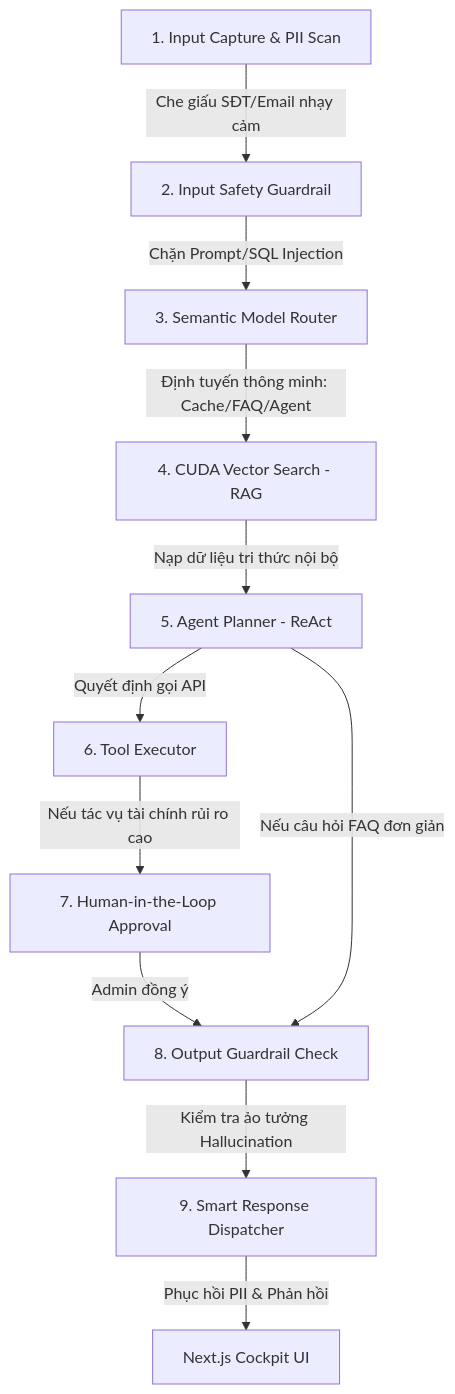
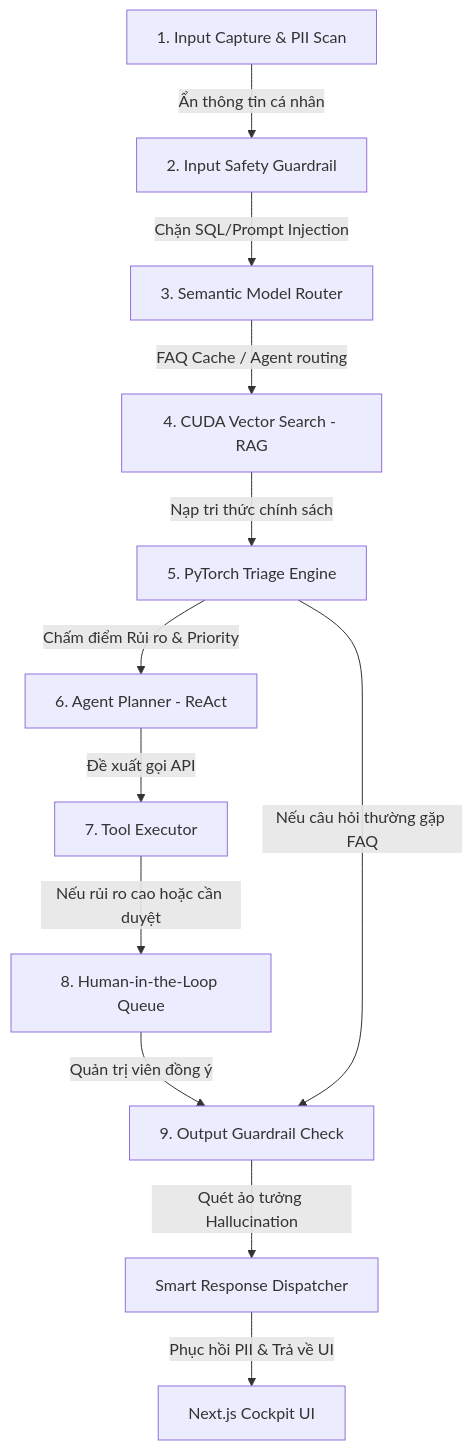
Before and after one commit to KhaiHASO/vietnam-ai-challenge-2026: the diagram in README.md, drawn with Mermaid. The commit also changed other lines of this file and 47 other files, not shown here.

Commit message:
Revamp project: support dynamic multi-domain switching, PyTorch multi-task engine integration, dynamic RAG & DB seeding, dynamic HITL, and revamped frontend cockpit UI

````diff
--- a/README.md
+++ b/README.md
@@ -21,13 +17,14 @@
 ```mermaid
 graph TD
-    A[1. Input Capture & PII Scan] -->|Che giấu SĐT/Email nhạy cảm| B[2. Input Safety Guardrail]
-    B -->|Chặn Prompt/SQL Injection| C[3. Semantic Model Router]
-    C -->|Định tuyến thông minh: Cache/FAQ/Agent| D[4. CUDA Vector Search - RAG]
-    D -->|Nạp dữ liệu tri thức nội bộ| E[5. Agent Planner - ReAct]
-    E -->|Quyết định gọi API| F[6. Tool Executor]
-    F -->|Nếu tác vụ tài chính rủi ro cao| G[7. Human-in-the-Loop Approval]
-    G -->|Admin đồng ý| H[8. Output Guardrail Check]
-    E -->|Nếu câu hỏi FAQ đơn giản| H
-    H -->|Kiểm tra ảo tưởng Hallucination| I[9. Smart Response Dispatcher]
-    I -->|Phục hồi PII & Phản hồi| UI[Next.js Cockpit UI]
+    A[1. Input Capture & PII Scan] -->|Ẩn thông tin cá nhân| B[2. Input Safety Guardrail]
+    B -->|Chặn SQL/Prompt Injection| C[3. Semantic Model Router]
+    C -->|FAQ Cache / Agent routing| D[4. CUDA Vector Search - RAG]
+    D -->|Nạp tri thức chính sách| E[5. PyTorch Triage Engine]
+    E -->|Chấm điểm Rủi ro & Priority| F[6. Agent Planner - ReAct]
+    F -->|Đề xuất gọi API| G[7. Tool Executor]
+    G -->|Nếu rủi ro cao hoặc cần duyệt| H[8. Human-in-the-Loop Queue]
+    H -->|Quản trị viên đồng ý| I[9. Output Guardrail Check]
+    E -->|Nếu câu hỏi thường gặp FAQ| I
+    I -->|Quét ảo tưởng Hallucination| J[Smart Response Dispatcher]
+    J -->|Phục hồi PII & Trả về UI| UI[Next.js Cockpit UI]
 ```
````
